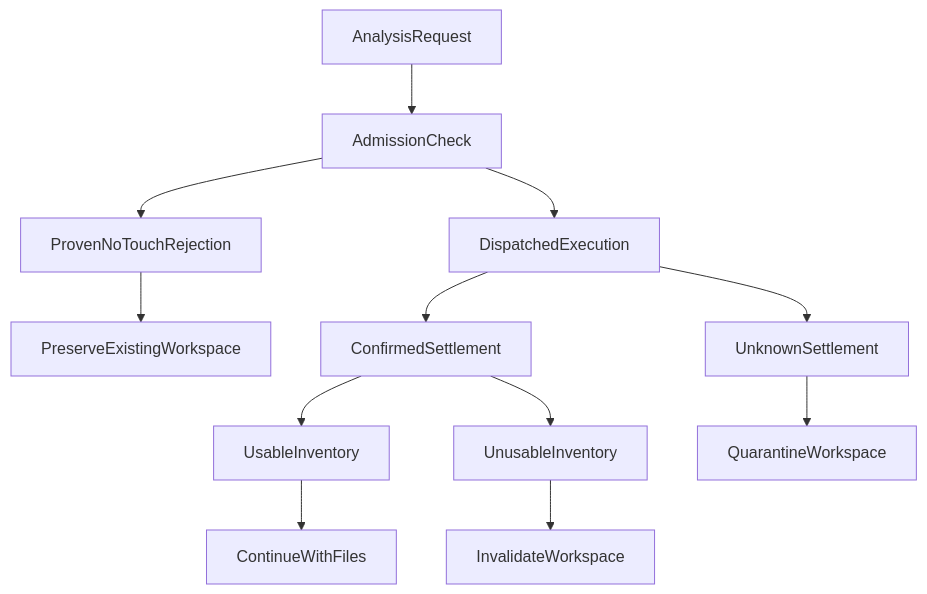
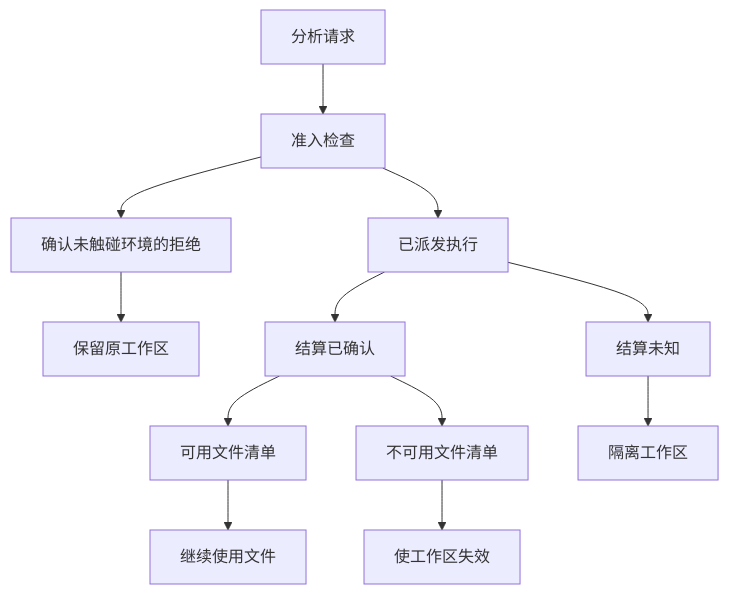
The second of 2 diagrams in articles/agent-python-compute-workbench-evolution.md (hpoenixf/eff-agent-article), drawn with Mermaid before and after one commit. The commit also changed other lines of this file and 52 other files, not shown here.

Commit message:
docs: localize diagrams and clarify flagship guides

````diff
--- a/articles/agent-python-compute-workbench-evolution.md
+++ b/articles/agent-python-compute-workbench-evolution.md
@@ -145,14 +145,14 @@
 ```mermaid
 graph TD
-AnalysisRequest --> AdmissionCheck
-AdmissionCheck --> ProvenNoTouchRejection
-AdmissionCheck --> DispatchedExecution
-ProvenNoTouchRejection --> PreserveExistingWorkspace
-DispatchedExecution --> ConfirmedSettlement
-DispatchedExecution --> UnknownSettlement
-ConfirmedSettlement --> UsableInventory
-ConfirmedSettlement --> UnusableInventory
-UsableInventory --> ContinueWithFiles
-UnusableInventory --> InvalidateWorkspace
-UnknownSettlement --> QuarantineWorkspace
+AnalysisRequest["分析请求"] --> AdmissionCheck["准入检查"]
+AdmissionCheck --> ProvenNoTouchRejection["确认未触碰环境的拒绝"]
+AdmissionCheck --> DispatchedExecution["已派发执行"]
+ProvenNoTouchRejection --> PreserveExistingWorkspace["保留原工作区"]
+DispatchedExecution --> ConfirmedSettlement["结算已确认"]
+DispatchedExecution --> UnknownSettlement["结算未知"]
+ConfirmedSettlement --> UsableInventory["可用文件清单"]
+ConfirmedSettlement --> UnusableInventory["不可用文件清单"]
+UsableInventory --> ContinueWithFiles["继续使用文件"]
+UnusableInventory --> InvalidateWorkspace["使工作区失效"]
+UnknownSettlement --> QuarantineWorkspace["隔离工作区"]
 ```
````
